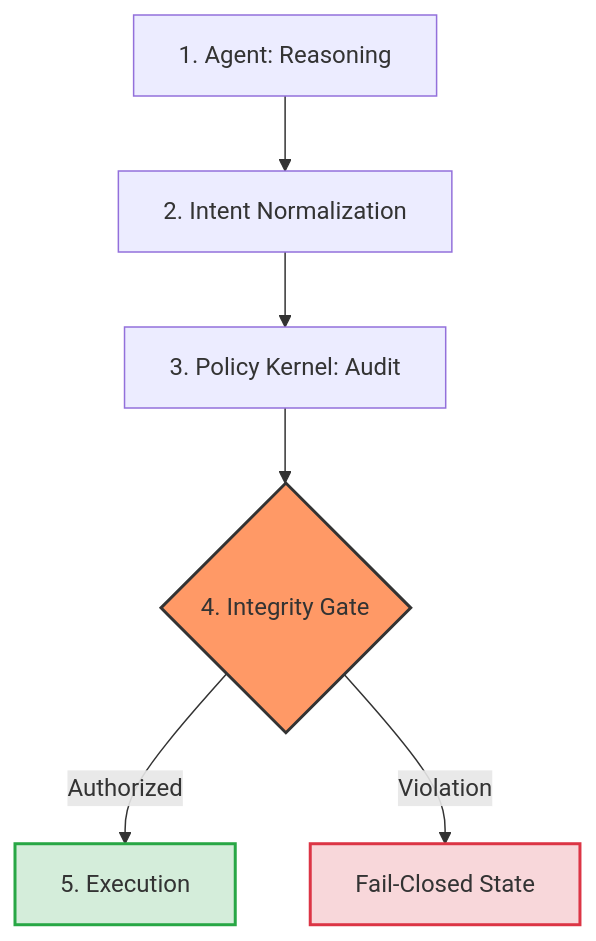
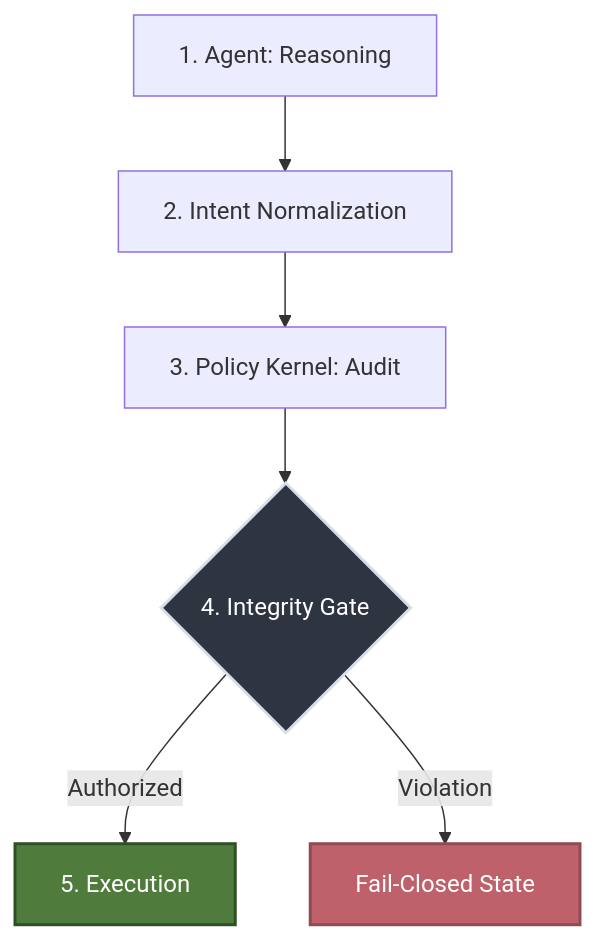
Before and after one commit to matiascloudarch/cognitive-decision-architecture: the diagram in README.md, drawn with Mermaid.

````diff
--- a/README.md
+++ b/README.md
@@ -30,12 +30,13 @@
 ```mermaid
 graph TD
     A[1. Agent: Reasoning] --> B[2. Intent Normalization]
     B --> C[3. Policy Kernel: Audit]
     C --> D{4. Integrity Gate}
     D -->|Authorized| E[5. Execution]
     D -->|Violation| F[Fail-Closed State]
     
-    style D fill:#f96,stroke:#333,stroke-width:2px
-    style E fill:#d4edda,stroke:#28a745,stroke-width:2px
-    style F fill:#f8d7da,stroke:#dc3545,stroke-width:2px
+    %% Colores sobrios y con alto contraste para texto blanco
+    style D fill:#2e3440,stroke:#d8dee9,stroke-width:2px,color:white
+    style E fill:#4f7c3c,stroke:#2d5024,stroke-width:2px,color:white
+    style F fill:#bf616a,stroke:#8f4b53,stroke-width:2px,color:white
 ```
````
